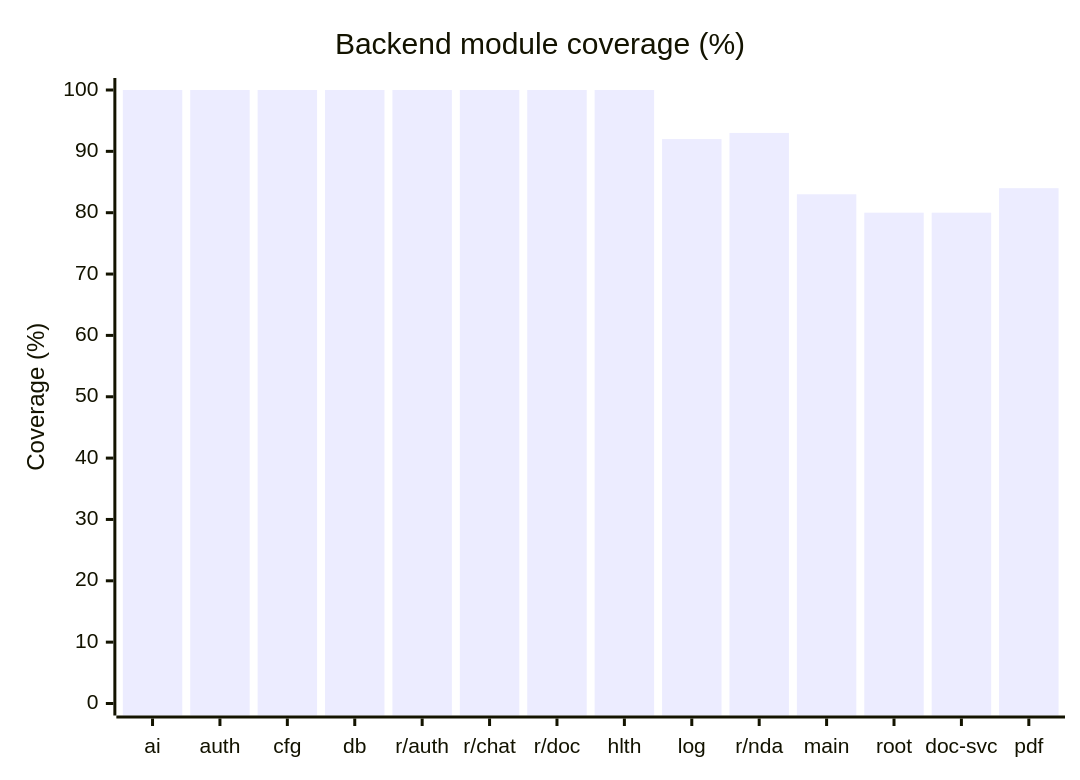
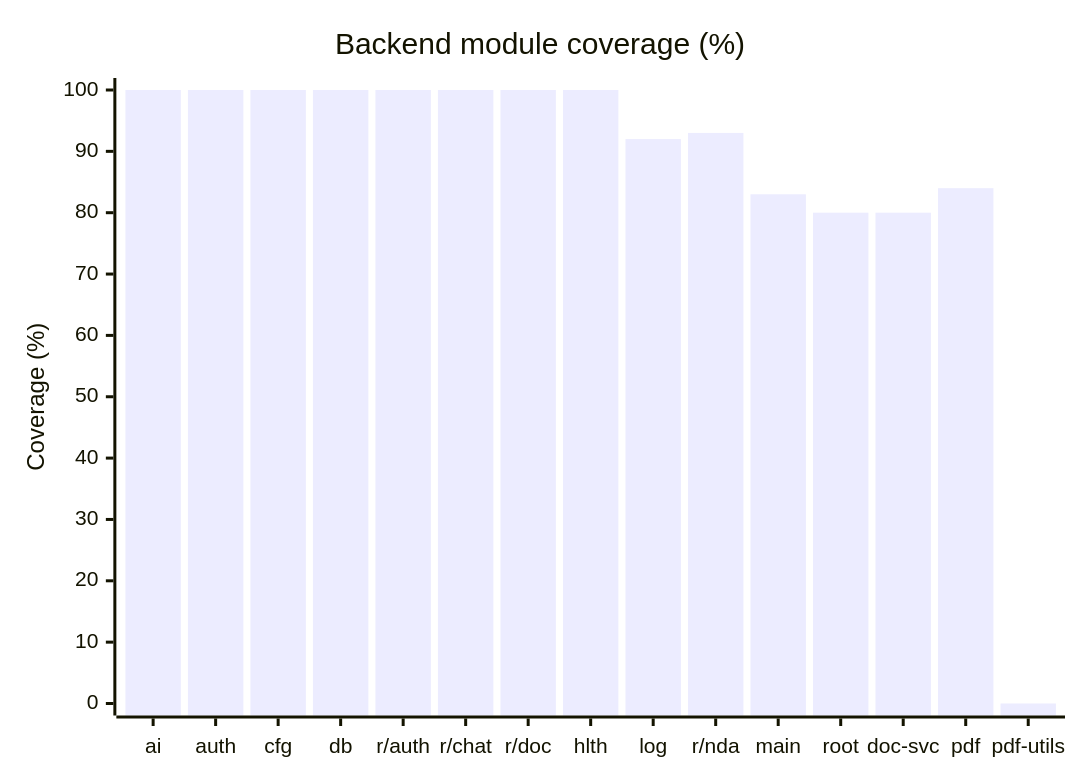
One commit to shaynemeyer/prelegal changed the second of 6 diagrams in docs/test-coverage-report.md. Above: the diagram before and after it, drawn with Mermaid. The commit also changed other lines of this file and 1 other file, not shown here.

````diff
--- a/docs/test-coverage-report.md
+++ b/docs/test-coverage-report.md
@@ -60,7 +61,7 @@
 ```mermaid
 xychart-beta
     title "Backend module coverage (%)"
-    x-axis ["ai", "auth", "cfg", "db", "r/auth", "r/chat", "r/doc", "hlth", "log", "r/nda", "main", "root", "doc-svc", "pdf"]
+    x-axis ["ai", "auth", "cfg", "db", "r/auth", "r/chat", "r/doc", "hlth", "log", "r/nda", "main", "root", "doc-svc", "pdf", "pdf-utils"]
     y-axis "Coverage (%)" 0 --> 100
-    bar [100, 100, 100, 100, 100, 100, 100, 100, 92, 93, 83, 80, 80, 84]
+    bar [100, 100, 100, 100, 100, 100, 100, 100, 92, 93, 83, 80, 80, 84, 0]
 ```
````
